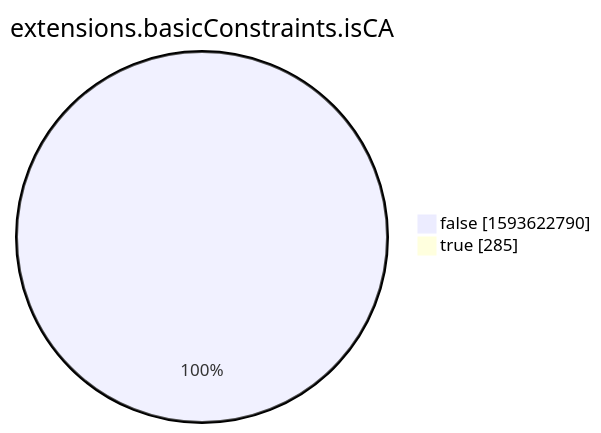
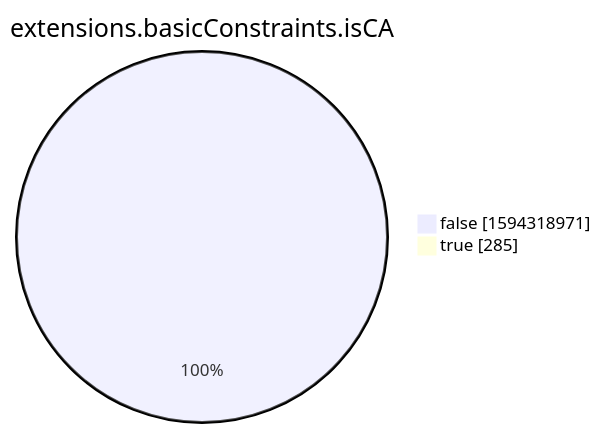
Before and after one commit to christiankrug/ctmonitor_visualization: the eighth of 15 diagrams in xenon2022/README.md, drawn with Mermaid. The commit also changed other lines of this file, not shown here.

````diff
--- a/xenon2022/README.md
+++ b/xenon2022/README.md
@@ -2862,6 +2862,6 @@
 ```mermaid
 pie showData
 title extensions.basicConstraints.isCA
-"false" :1593622790
+"false" :1594318971
 "true" :285
 ```
````
